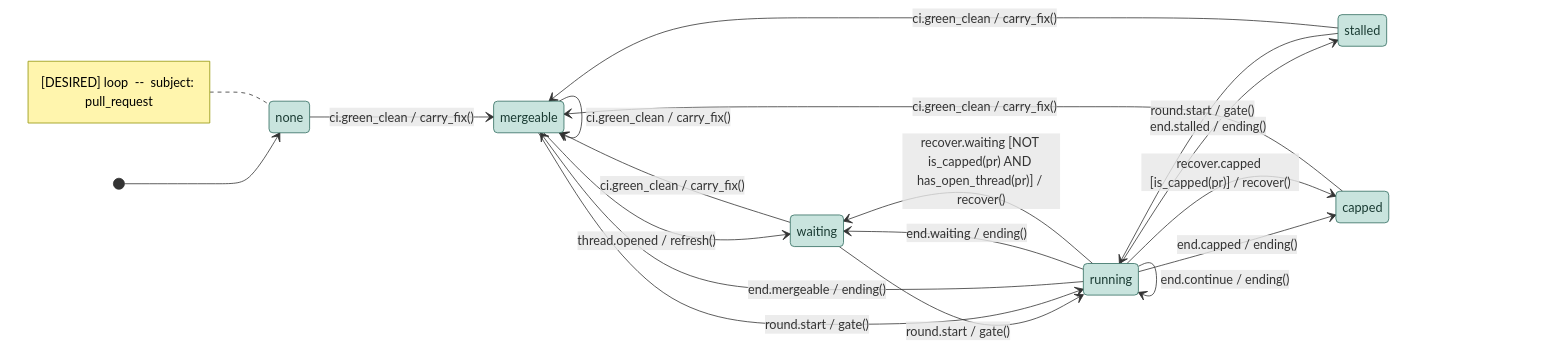
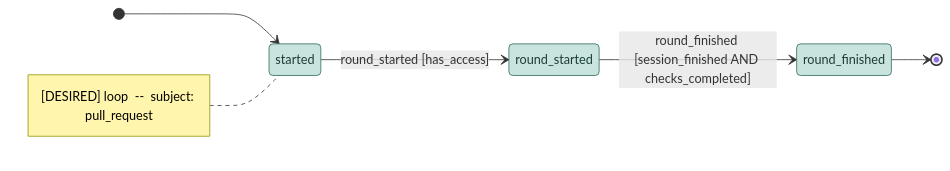
One commit to kostiantyn-matsebora/agent-ops-operator changed the diagram in .github/conveyor-model/mermaid/desired/loop.mmd. Above: the diagram before and after it, drawn with Mermaid. The commit also changed 1 other file, not shown here.

Commit message:
feat(conveyor): redesign loop from scratch, started -> round_started -> round_finished
Dropped every old, not-yet-redesigned transition from the seed copy
(ci:green_clean, thread:opened, the end:*/recover:* fan-out, waiting/
stalled/capped/mergeable) -- noise against the new shape, not yet rebuilt.

started -> round_started: trigger round_started (the fact of a round
starting), guard has_access.

round_started -> round_finished: trigger round_finished, guard
session_finished AND checks_completed -- a round finishing means both the
fixing session stopped AND the PR's checks ran afterward, two independent
facts combined.

round_finished declared as its own real state so it renders with the
correct loopState color instead of Mermaid's default undeclared-node
styling. Its own outgoing transitions are still to be defined.

```diff
--- a/.github/conveyor-model/mermaid/desired/loop.mmd
+++ b/.github/conveyor-model/mermaid/desired/loop.mmd
@@ -1,31 +1,15 @@
 stateDiagram-v2
     direction LR
-    [*] --> none
-    note left of none
+    [*] --> started
+    note left of started
         [DESIRED] loop  --  subject: pull_request
     end note
     classDef stationState fill:#e8d5b5,stroke:#8a6d3b,color:#4a3b1f
     classDef loopState fill:#c9e4de,stroke:#2f6b5e,color:#1a3b33
-    state none
-    state running
-    state waiting
-    state stalled
-    state capped
-    state mergeable
-    none --> mergeable : ci.green_clean / carry_fix()
-    running --> running : end.continue / ending()
-    running --> mergeable : end.mergeable / ending()
-    running --> waiting : end.waiting / ending()
-    running --> stalled : end.stalled / ending()
-    running --> capped : end.capped / ending()
-    running --> waiting : recover.waiting [NOT is_capped(pr) AND has_open_thread(pr)] / recover()
-    running --> capped : recover.capped [is_capped(pr)] / recover()
-    waiting --> running : round.start / gate()
-    waiting --> mergeable : ci.green_clean / carry_fix()
-    stalled --> running : round.start / gate()
-    stalled --> mergeable : ci.green_clean / carry_fix()
-    capped --> mergeable : ci.green_clean / carry_fix()
-    mergeable --> mergeable : ci.green_clean / carry_fix()
-    mergeable --> waiting : thread.opened / refresh()
-    mergeable --> running : round.start / gate()
-    class none, running, waiting, stalled, capped, mergeable loopState
+    state started
+    state round_started
+    state round_finished
+    started --> round_started : round_started [has_access]
+    round_started --> round_finished : round_finished [session_finished AND checks_completed]
+    round_finished --> [*]
+    class started, round_started, round_finished loopState
```
